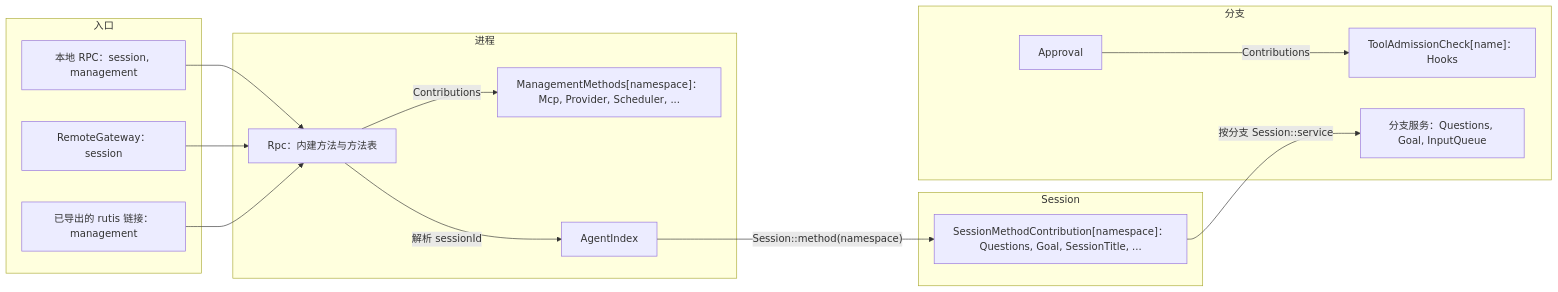
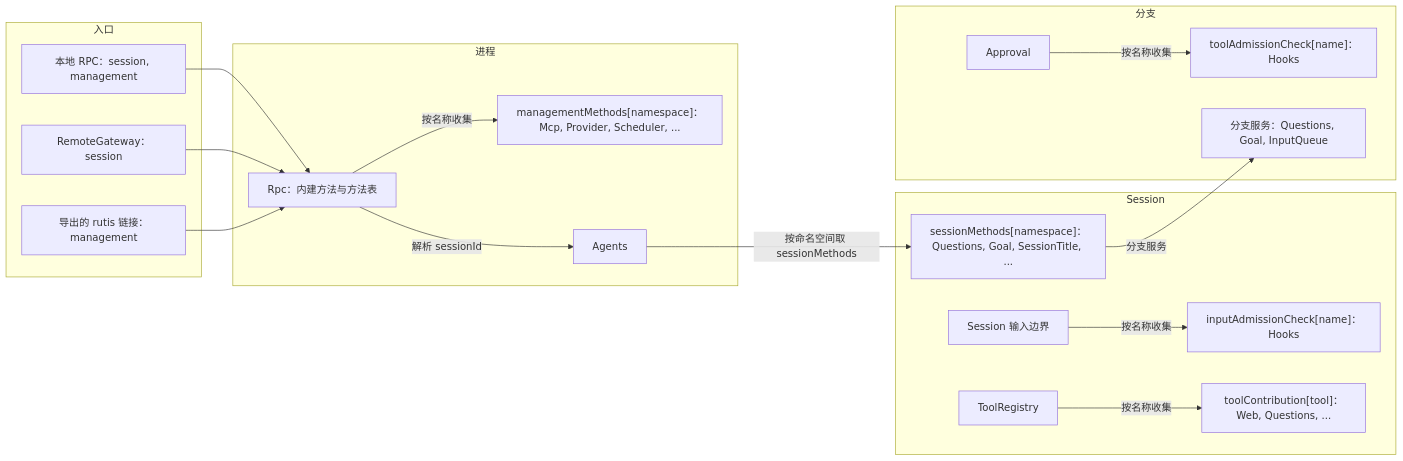
One commit to CoutinhoTTS/dim-agent changed the first of 5 diagrams in docs/zh/design/contracts/session-boundary.md. Above: the diagram before and after it, drawn with Mermaid. The commit also changed other lines of this file and 18 other files, not shown here.

Commit message:
docs(zh): update Chinese translations for scope, input admission and neutral contracts

````diff
--- a/docs/zh/design/contracts/session-boundary.md
+++ b/docs/zh/design/contracts/session-boundary.md
@@ -15,29 +19,35 @@
 ```mermaid
 flowchart LR
   subgraph ENT["入口"]
     Local["本地 RPC：session, management"]
     Remote["RemoteGateway：session"]
-    Link["已导出的 rutis 链接：management"]
+    Link["导出的 rutis 链接：management"]
   end
   subgraph PROC["进程"]
     Rpc["Rpc：内建方法与方法表"]
-    MM["ManagementMethods[namespace]：Mcp, Provider, Scheduler, ..."]
-    AI["AgentIndex"]
+    MM["managementMethods[namespace]：Mcp, Provider, Scheduler, ..."]
+    AI["Agents"]
   end
   subgraph SES["Session"]
-    SM["SessionMethodContribution[namespace]：Questions, Goal, SessionTitle, ..."]
+    SM["sessionMethods[namespace]：Questions, Goal, SessionTitle, ..."]
+    IB["Session 输入边界"]
+    IC["inputAdmissionCheck[name]：Hooks"]
+    TR["ToolRegistry"]
+    TC2["toolContribution[tool]：Web, Questions, ..."]
   end
   subgraph BR["分支"]
     AP["Approval"]
-    TC["ToolAdmissionCheck[name]：Hooks"]
+    TC["toolAdmissionCheck[name]：Hooks"]
     BS["分支服务：Questions, Goal, InputQueue"]
   end
   Local --> Rpc
   Remote --> Rpc
   Link --> Rpc
-  Rpc -->|"Contributions"| MM
+  Rpc -->|"按名称收集"| MM
   Rpc -->|"解析 sessionId"| AI
-  AI -->|"Session::method(namespace)"| SM
-  SM -->|"按分支 Session::service"| BS
-  AP -->|"Contributions"| TC
+  AI -->|"按命名空间取 sessionMethods"| SM
+  SM -->|"分支服务"| BS
+  IB -->|"按名称收集"| IC
+  TR -->|"按名称收集"| TC2
+  AP -->|"按名称收集"| TC
 ```
````
